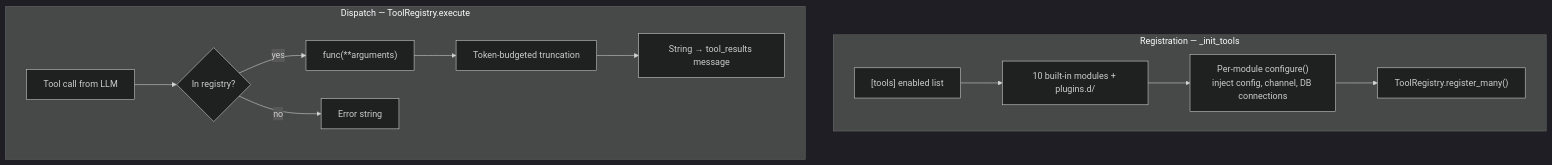
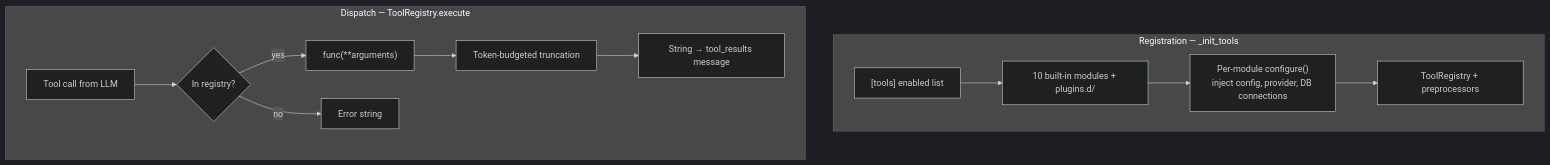
The seventh of 10 diagrams in docs/diagrams.md (nicolasforstinger/lucyd), drawn with Mermaid (dark theme) before and after one commit. The commit also changed other lines of this file, not shown here.

First line of the commit message:
Update architecture diagrams for current pipeline

````diff
--- a/docs/diagrams.md
+++ b/docs/diagrams.md
@@ -244,23 +256,23 @@
 ```mermaid
 flowchart TD
     subgraph Startup["Registration — _init_tools"]
         CONFIG["[tools] enabled list"]
         MODULES["10 built-in modules + plugins.d/"]
-        CONFIGURE["Per-module configure()<br/>inject config, channel, DB connections"]
-        REG["ToolRegistry.register_many()"]
+        CONFIGURE["Per-module configure()<br/>inject config, provider, DB connections"]
+        REG["ToolRegistry + preprocessors"]
         CONFIG --> MODULES --> CONFIGURE --> REG
     end
 
     subgraph Runtime["Dispatch — ToolRegistry.execute"]
         CALL["Tool call from LLM"]
         LOOKUP{"In registry?"}
         EXEC["func(**arguments)"]
         TRUNC["Token-budgeted truncation"]
         RESULT["String → tool_results message"]
         ERR["Error string"]
     end
 
     CALL --> LOOKUP
     LOOKUP -->|yes| EXEC --> TRUNC --> RESULT
     LOOKUP -->|no| ERR
 ```
````
